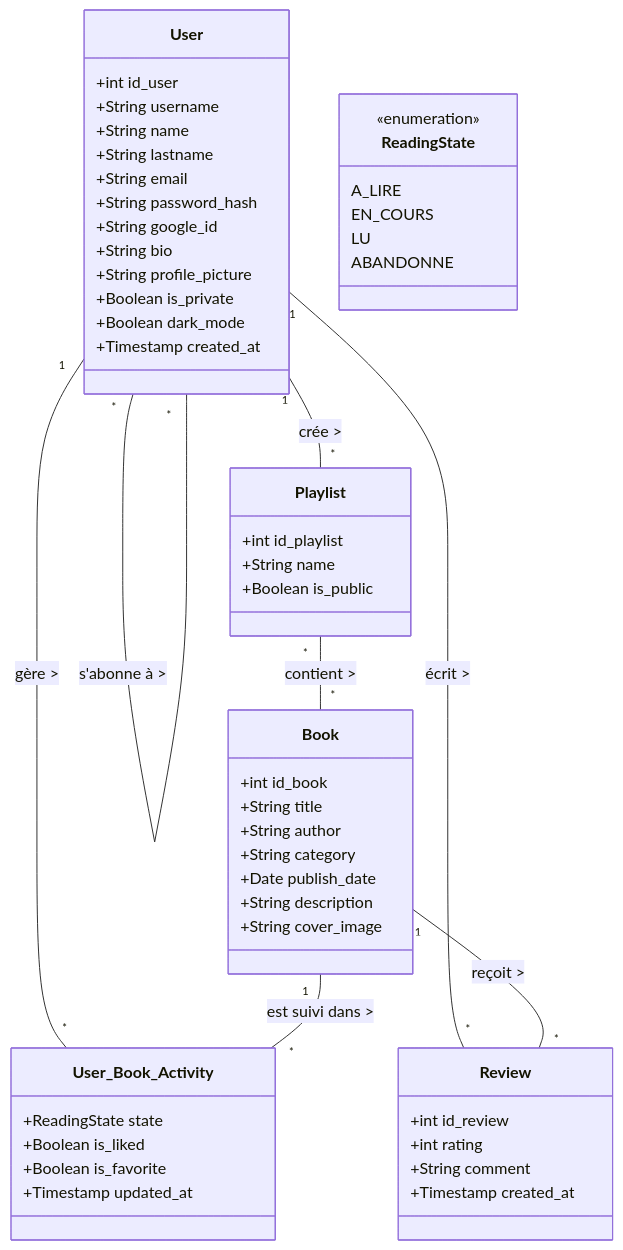
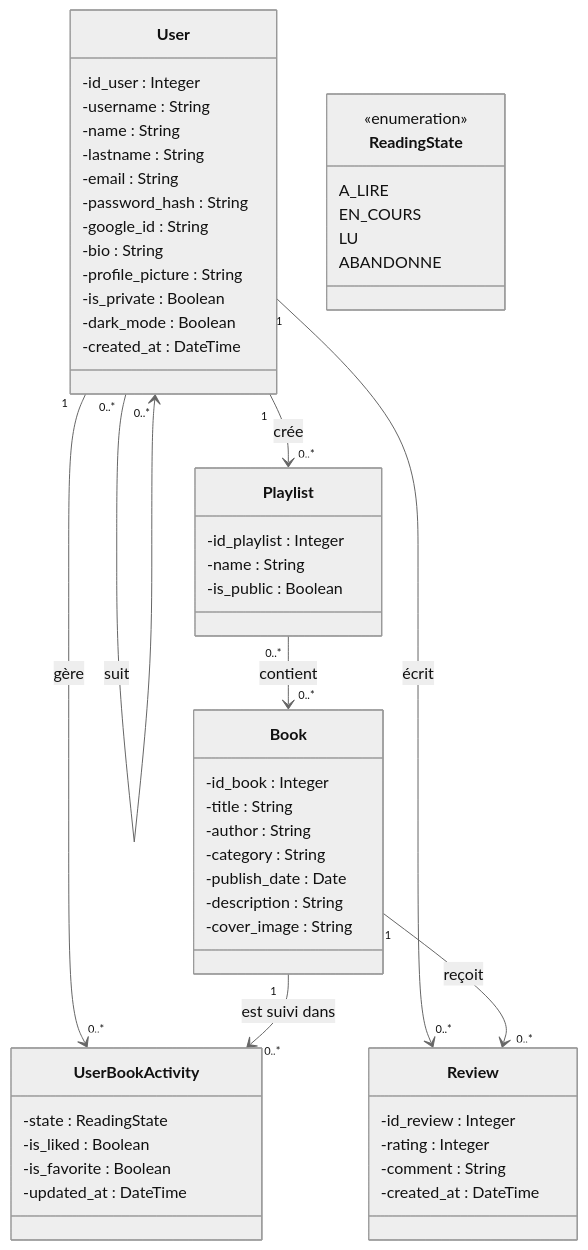
One commit to kevinbrgl/ensai-it-project-2a-team-27- changed the diagram in doc/db_diagram.md. Above: the diagram before and after it, drawn with Mermaid.

Commit message:
changement to stick to UML standards and neutral theme to class diagram

````diff
--- a/doc/db_diagram.md
+++ b/doc/db_diagram.md
@@ -3,67 +3,70 @@
 ```mermaid
+%%{init: {'theme': 'neutral'}}%%
 classDiagram
+    direction TB
+
     class User {
-        +int id_user
-        +String username
-        +String name
-        +String lastname
-        +String email
-        +String password_hash
-        +String google_id
-        +String bio
-        +String profile_picture
-        +Boolean is_private
-        +Boolean dark_mode
-        +Timestamp created_at
+        -id_user : Integer
+        -username : String
+        -name : String
+        -lastname : String
+        -email : String
+        -password_hash : String
+        -google_id : String
+        -bio : String
+        -profile_picture : String
+        -is_private : Boolean
+        -dark_mode : Boolean
+        -created_at : DateTime
     }
 
     class Book {
-        +int id_book
-        +String title
-        +String author
-        +String category
-        +Date publish_date
-        +String description
-        +String cover_image
+        -id_book : Integer
+        -title : String
+        -author : String
+        -category : String
+        -publish_date : Date
+        -description : String
+        -cover_image : String
     }
 
     class ReadingState {
         <<enumeration>>
         A_LIRE
         EN_COURS
         LU
         ABANDONNE
     }
 
-    class User_Book_Activity {
-        +ReadingState state
-        +Boolean is_liked
-        +Boolean is_favorite
-        +Timestamp updated_at
+    class UserBookActivity {
+        -state : ReadingState
+        -is_liked : Boolean
+        -is_favorite : Boolean
+        -updated_at : DateTime
     }
 
     class Review {
-        +int id_review
-        +int rating
-        +String comment
-        +Timestamp created_at
+        -id_review : Integer
+        -rating : Integer
+        -comment : String
+        -created_at : DateTime
     }
 
     class Playlist {
-        +int id_playlist
-        +String name
-        +Boolean is_public
+        -id_playlist : Integer
+        -name : String
+        -is_public : Boolean
     }
 
     %% Relations
-    User "1" -- "*" User_Book_Activity : gère >
-    Book "1" -- "*" User_Book_Activity : est suivi dans >
+    User "1" --> "0..*" UserBookActivity : gère
+    Book "1" --> "0..*" UserBookActivity : est suivi dans
     
-    User "1" -- "*" Review : écrit >
-    Book "1" -- "*" Review : reçoit >
+    User "1" --> "0..*" Review : écrit
+    Book "1" --> "0..*" Review : reçoit
     
-    User "1" -- "*" Playlist : crée >
-    Playlist "*" -- "*" Book : contient >
+    User "1" --> "0..*" Playlist : crée
+    Playlist "0..*" --> "0..*" Book : contient
     
-    User "*" -- "*" User : s'abonne à >
+    User "0..*" --> "0..*" User : suit
 ```
````
